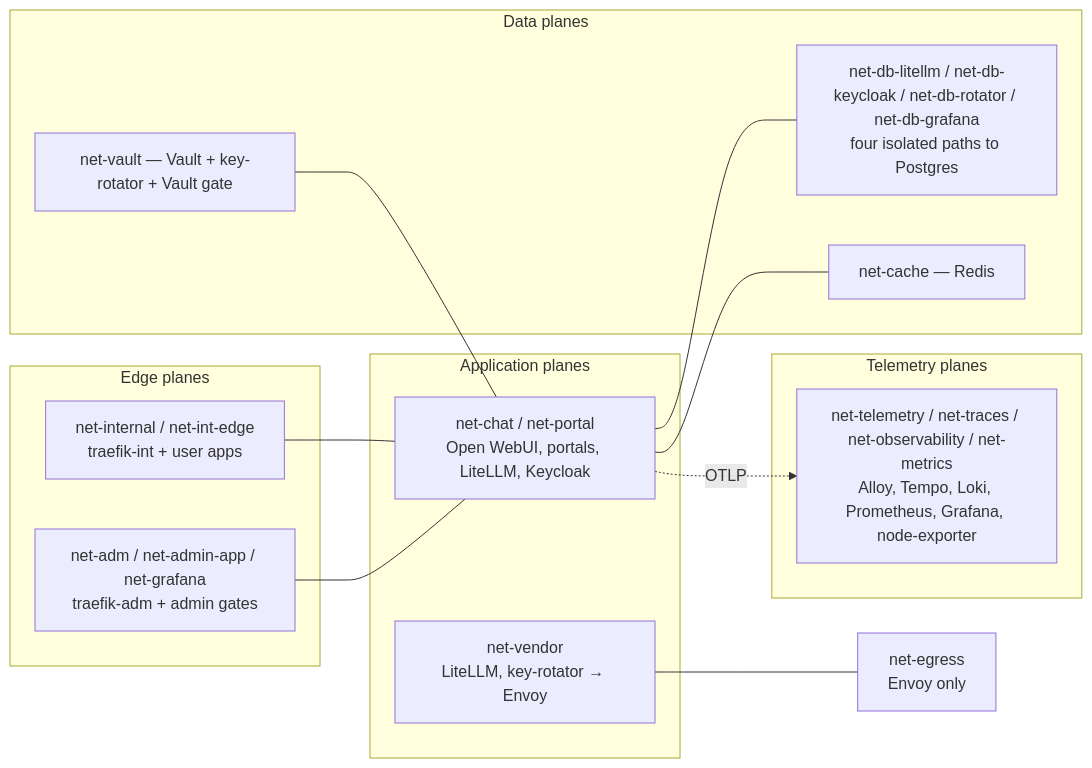
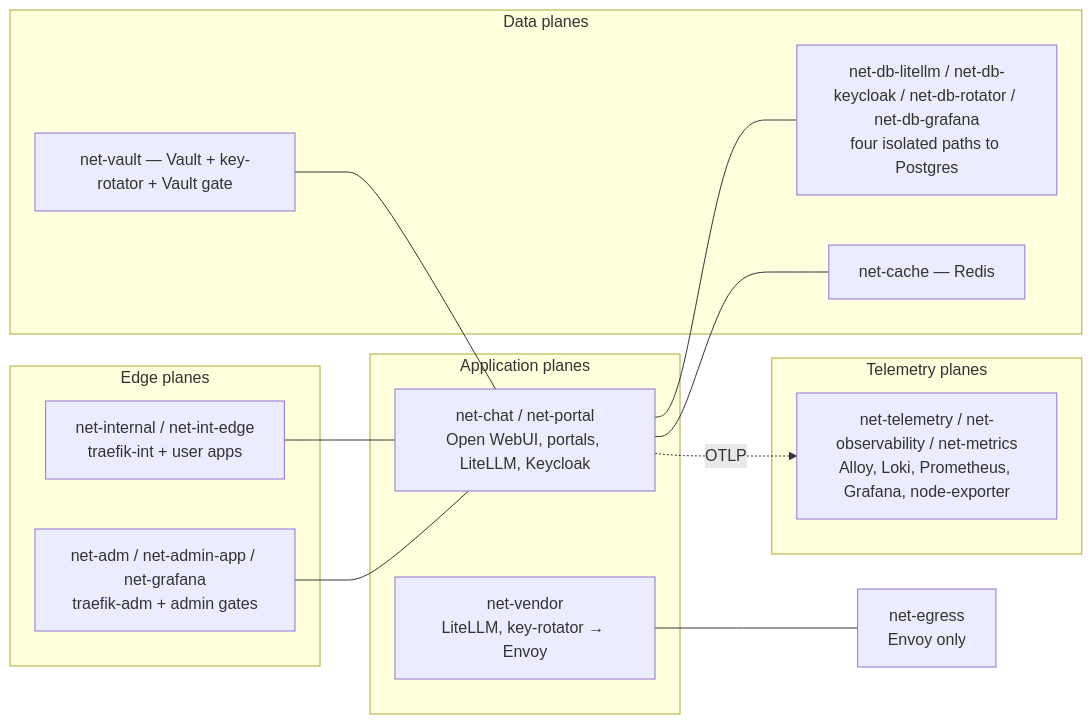
Before and after one commit to derhornspieler/ai-gateway: the second of 9 diagrams in docs/architecture-diagrams.md, drawn with Mermaid. The commit also changed other lines of this file and 12 other files, not shown here.

First line of the commit message:
docs: telemetry model after the Tempo removal

````diff
--- a/docs/architecture-diagrams.md
+++ b/docs/architecture-diagrams.md
@@ -52,26 +52,26 @@
 ```mermaid
 flowchart LR
   subgraph edge [Edge planes]
     E1[net-internal / net-int-edge<br/>traefik-int + user apps]
     E2[net-adm / net-admin-app / net-grafana<br/>traefik-adm + admin gates]
   end
   subgraph app [Application planes]
     A1[net-chat / net-portal<br/>Open WebUI, portals, LiteLLM, Keycloak]
     A2[net-vendor<br/>LiteLLM, key-rotator → Envoy]
   end
   subgraph data [Data planes]
     D1[net-db-litellm / net-db-keycloak / net-db-rotator / net-db-grafana<br/>four isolated paths to Postgres]
     D2[net-cache — Redis]
     D3[net-vault — Vault + key-rotator + Vault gate]
   end
   subgraph obs [Telemetry planes]
-    O1[net-telemetry / net-traces / net-observability / net-metrics<br/>Alloy, Tempo, Loki, Prometheus, Grafana, node-exporter]
+    O1[net-telemetry / net-observability / net-metrics<br/>Alloy, Loki, Prometheus, Grafana, node-exporter]
   end
   E1 --- A1
   E2 --- A1
   A1 --- D1
   A1 --- D2
   A2 --- G[net-egress<br/>Envoy only]
   A1 -.OTLP.-> O1
   D3 --- A1
 ```
````
